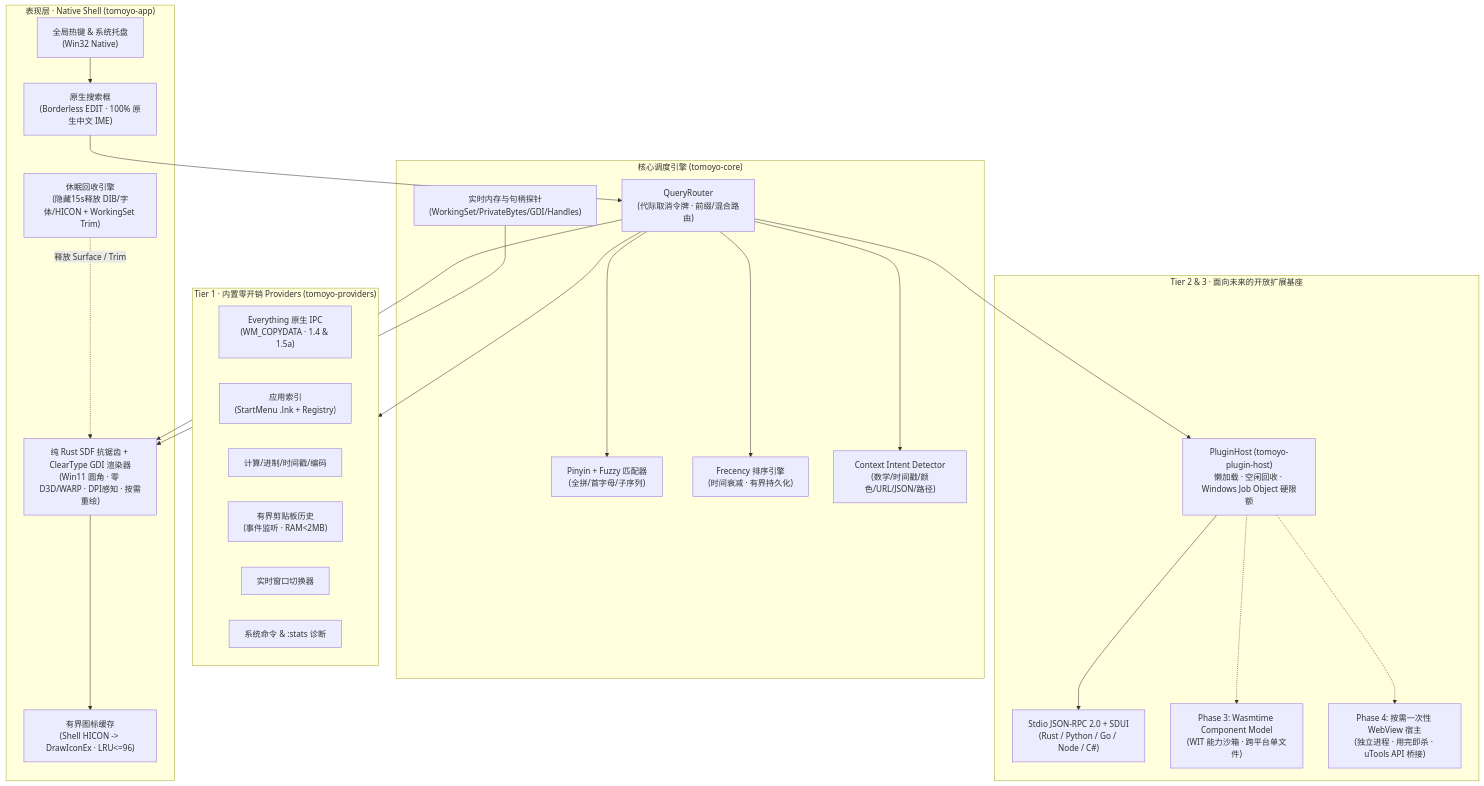
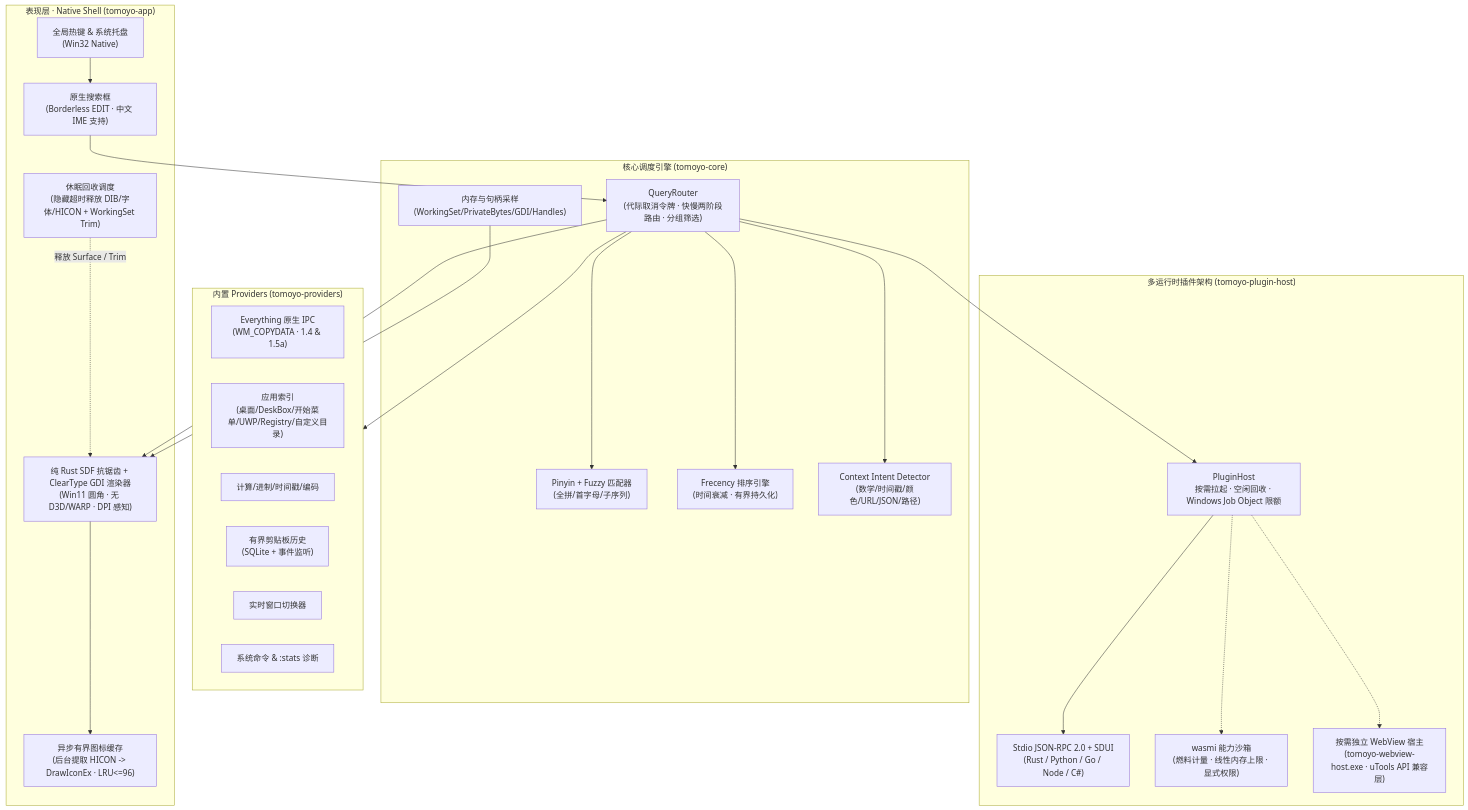
Before and after one commit to q871958549/Tomoyo: the first of 2 diagrams in docs/ARCHITECTURE.md, drawn with Mermaid. The commit also changed other lines of this file and 3 other files, not shown here.

````diff
--- a/docs/ARCHITECTURE.md
+++ b/docs/ARCHITECTURE.md
@@ -32,51 +32,51 @@
 ```mermaid
 flowchart TB
     subgraph UI["表现层 · Native Shell (tomoyo-app)"]
         Hotkey["全局热键 & 系统托盘<br/>(Win32 Native)"]
-        SearchBar["原生搜索框<br/>(Borderless EDIT · 100% 原生中文 IME)"]
-        Renderer["纯 Rust SDF 抗锯齿 + ClearType GDI 渲染器<br/>(Win11 圆角 · 零 D3D/WARP · DPI感知 · 按需重绘)"]
-        IconCache["有界图标缓存<br/>(Shell HICON -> DrawIconEx · LRU<=96)"]
-        Hibernator["休眠回收引擎<br/>(隐藏15s释放 DIB/字体/HICON + WorkingSet Trim)"]
+        SearchBar["原生搜索框<br/>(Borderless EDIT · 中文 IME 支持)"]
+        Renderer["纯 Rust SDF 抗锯齿 + ClearType GDI 渲染器<br/>(Win11 圆角 · 无 D3D/WARP · DPI 感知)"]
+        IconCache["异步有界图标缓存<br/>(后台提取 HICON -> DrawIconEx · LRU<=96)"]
+        Hibernator["休眠回收调度<br/>(隐藏超时释放 DIB/字体/HICON + WorkingSet Trim)"]
     end
 
     subgraph Core["核心调度引擎 (tomoyo-core)"]
-        Router["QueryRouter<br/>(代际取消令牌 · 前缀/混合路由)"]
+        Router["QueryRouter<br/>(代际取消令牌 · 快慢两阶段路由 · 分组筛选)"]
         Matcher["Pinyin + Fuzzy 匹配器<br/>(全拼/首字母/子序列)"]
         Frecency["Frecency 排序引擎<br/>(时间衰减 · 有界持久化)"]
         Intent["Context Intent Detector<br/>(数学/时间戳/颜色/URL/JSON/路径)"]
-        Telemetry["实时内存与句柄探针<br/>(WorkingSet/PrivateBytes/GDI/Handles)"]
+        Telemetry["内存与句柄采样<br/>(WorkingSet/PrivateBytes/GDI/Handles)"]
     end
 
-    subgraph Builtin["Tier 1 · 内置零开销 Providers (tomoyo-providers)"]
+    subgraph Builtin["内置 Providers (tomoyo-providers)"]
         EV["Everything 原生 IPC<br/>(WM_COPYDATA · 1.4 & 1.5a)"]
-        Apps["应用索引<br/>(StartMenu .lnk + Registry)"]
+        Apps["应用索引<br/>(桌面/DeskBox/开始菜单/UWP/Registry/自定义目录)"]
         Calc["计算/进制/时间戳/编码"]
-        Clip["有界剪贴板历史<br/>(事件监听 · RAM<2MB)"]
+        Clip["有界剪贴板历史<br/>(SQLite + 事件监听)"]
         Win["实时窗口切换器"]
         Sys["系统命令 & :stats 诊断"]
     end
 
-    subgraph Ext["Tier 2 & 3 · 面向未来的开放扩展基座"]
-        Host["PluginHost (tomoyo-plugin-host)<br/>懒加载 · 空闲回收 · Windows Job Object 硬限额"]
+    subgraph Ext["多运行时插件架构 (tomoyo-plugin-host)"]
+        Host["PluginHost<br/>按需拉起 · 空闲回收 · Windows Job Object 限额"]
         RPC["Stdio JSON-RPC 2.0 + SDUI<br/>(Rust / Python / Go / Node / C#)"]
-        WASM["Phase 3: Wasmtime Component Model<br/>(WIT 能力沙箱 · 跨平台单文件)"]
-        WebView["Phase 4: 按需一次性 WebView 宿主<br/>(独立进程 · 用完即杀 · uTools API 桥接)"]
+        WASM["wasmi 能力沙箱<br/>(燃料计量 · 线性内存上限 · 显式权限)"]
+        WebView["按需独立 WebView 宿主<br/>(tomoyo-webview-host.exe · uTools API 兼容层)"]
     end
 
     Hotkey --> SearchBar
     SearchBar --> Router
     Router --> Renderer
     Renderer --> IconCache
     Hibernator -.->|释放 Surface / Trim| Renderer
 
     Router --> Matcher
     Router --> Frecency
     Router --> Intent
     Router --> Builtin
     Router --> Host
     Telemetry --> Renderer
 
     Host --> RPC
     Host -.-> WASM
     Host -.-> WebView
 ```
````
